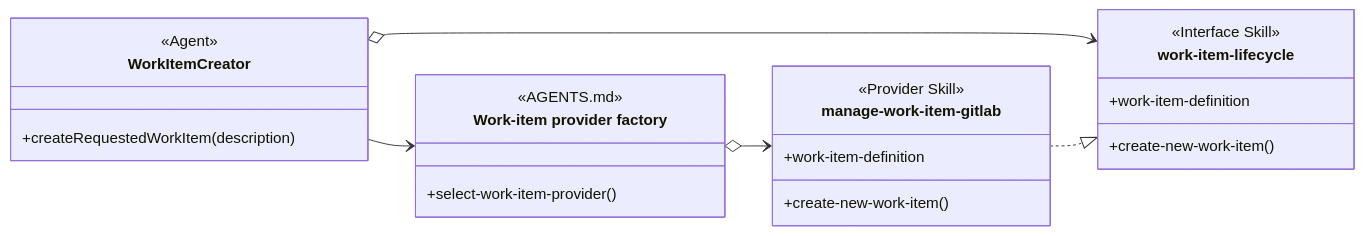
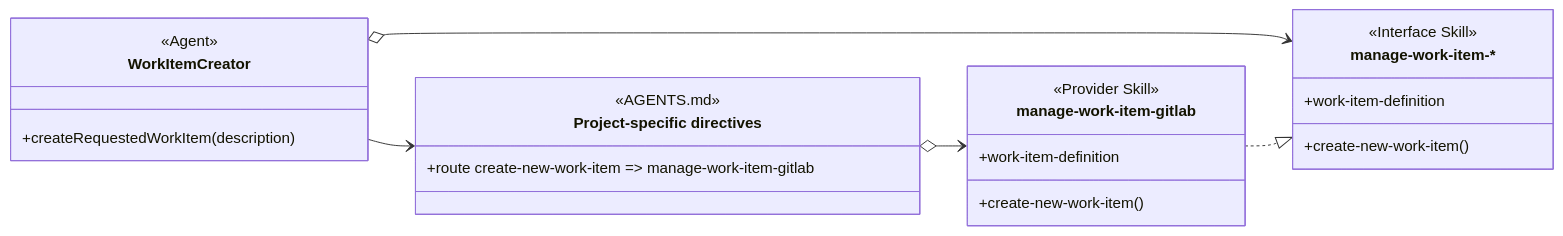
Before and after one commit to martinbechard/dev-methodology: the seventh of 15 diagrams in design/object-oriented-agent-and-skill-model.md, drawn with Mermaid. The commit also changed other lines of this file and 2 other files, not shown here.

Commit message:
docs: align work-item interface routing

````diff
--- a/design/object-oriented-agent-and-skill-model.md
+++ b/design/object-oriented-agent-and-skill-model.md
@@ -280,31 +273,32 @@
 ```mermaid
 classDiagram
     direction LR
 
     class WorkItemCreator {
         <<Agent>>
         +createRequestedWorkItem(description)
     }
 
-    class work-item-lifecycle {
+    class manage-work-item["manage-work-item-*"] {
         <<Interface Skill>>
         +work-item-definition
         +create-new-work-item()
     }
 
-    class provider-factory["Work-item provider factory"] {
+    class project-specific-directives["Project-specific directives"] {
         <<AGENTS.md>>
-        +select-work-item-provider()
+        <<routing>>
+        +route create-new-work-item => manage-work-item-gitlab
     }
 
     class manage-work-item-gitlab {
         <<Provider Skill>>
         +work-item-definition
         +create-new-work-item()
     }
 
-    WorkItemCreator o--> work-item-lifecycle
-    WorkItemCreator --> provider-factory
-    provider-factory o--> manage-work-item-gitlab
-    manage-work-item-gitlab ..|> work-item-lifecycle
+    WorkItemCreator o--> manage-work-item
+    WorkItemCreator --> project-specific-directives
+    project-specific-directives o--> manage-work-item-gitlab
+    manage-work-item-gitlab ..|> manage-work-item
 ```
````
